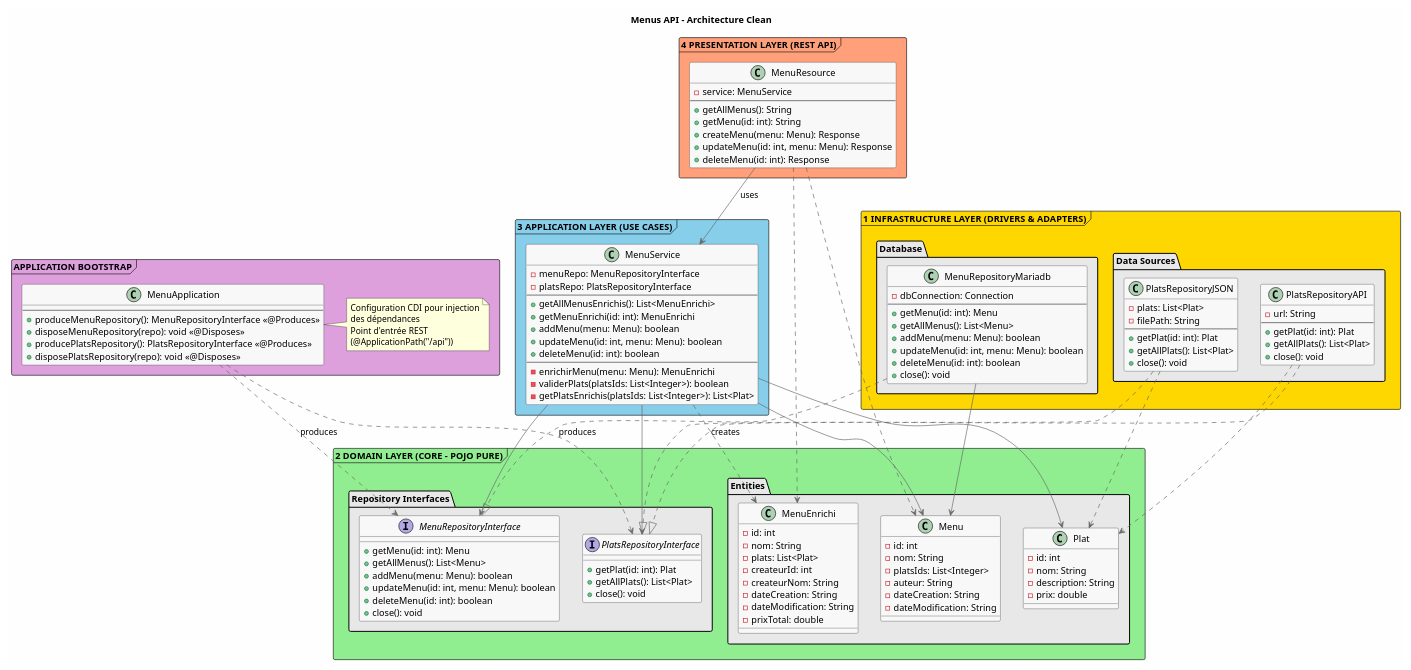
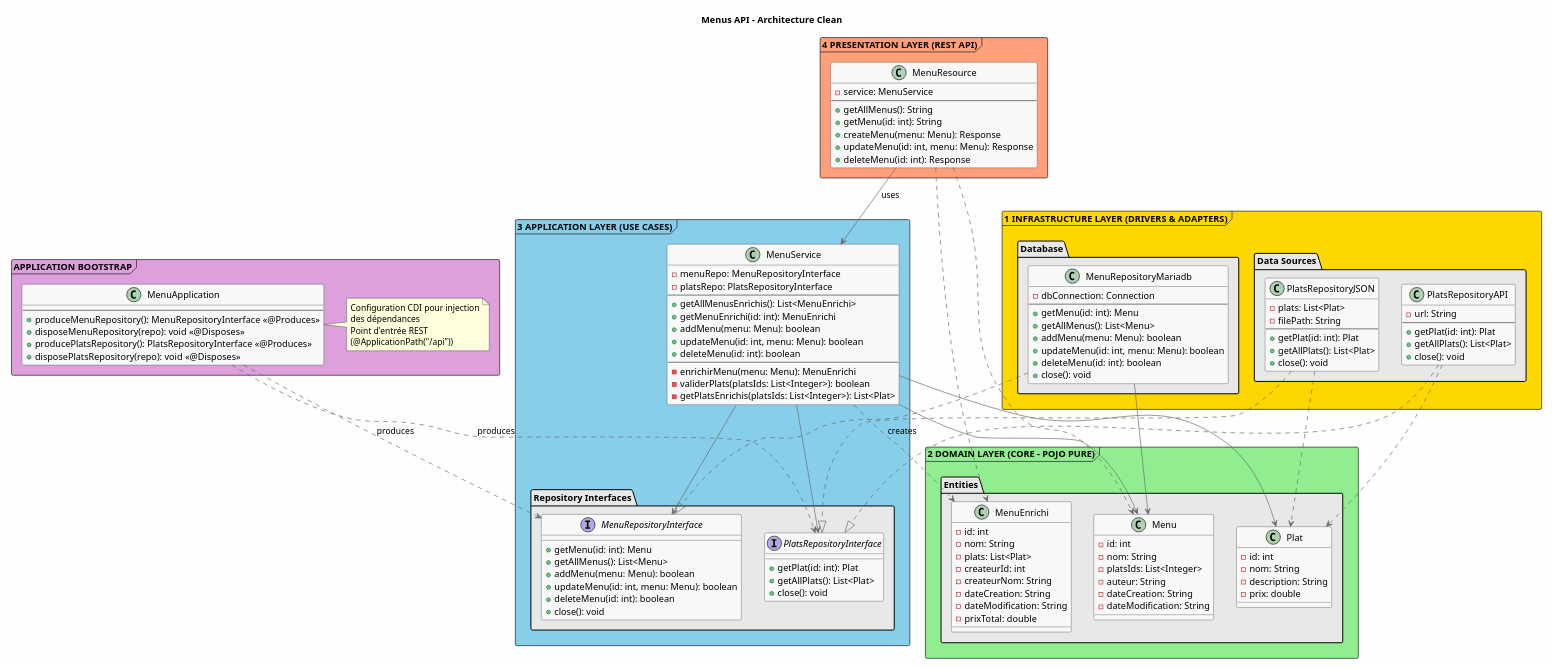
The diagram in Menus/ARCHITECTURE.md (AmirTahaChaoui/R4.01-App-Web), drawn with PlantUML before and after one commit. The commit also changed other lines of this file and 8 other files, not shown here.

Commit message:
Refactor repository interfaces: move to application layer and update imports; add MenuRepositoryInterface and PlatsRepositoryInterface with method definitions

```diff
--- a/Menus/ARCHITECTURE.md
+++ b/Menus/ARCHITECTURE.md
@@ -69,6 +69,23 @@
         - validerPlats(platsIds: List<Integer>): boolean
         - getPlatsEnrichis(platsIds: List<Integer>): List<Plat>
     }
+    
+    package "Repository Interfaces" {
+        interface MenuRepositoryInterface {
+            + getMenu(id: int): Menu
+            + getAllMenus(): List<Menu>
+            + addMenu(menu: Menu): boolean
+            + updateMenu(id: int, menu: Menu): boolean
+            + deleteMenu(id: int): boolean
+            + close(): void
+        }
+        
+        interface PlatsRepositoryInterface {
+            + getPlat(id: int): Plat
+            + getAllPlats(): List<Plat>
+            + close(): void
+        }
+    }
 }
 
 ' ============================================
@@ -102,23 +119,6 @@
             - dateCreation: String
             - dateModification: String
             - prixTotal: double
-        }
-    }
-    
-    package "Repository Interfaces" {
-        interface MenuRepositoryInterface {
-            + getMenu(id: int): Menu
-            + getAllMenus(): List<Menu>
-            + addMenu(menu: Menu): boolean
-            + updateMenu(id: int, menu: Menu): boolean
-            + deleteMenu(id: int): boolean
-            + close(): void
-        }
-        
-        interface PlatsRepositoryInterface {
-            + getPlat(id: int): Plat
-            + getAllPlats(): List<Plat>
-            + close(): void
         }
     }
 }
```
